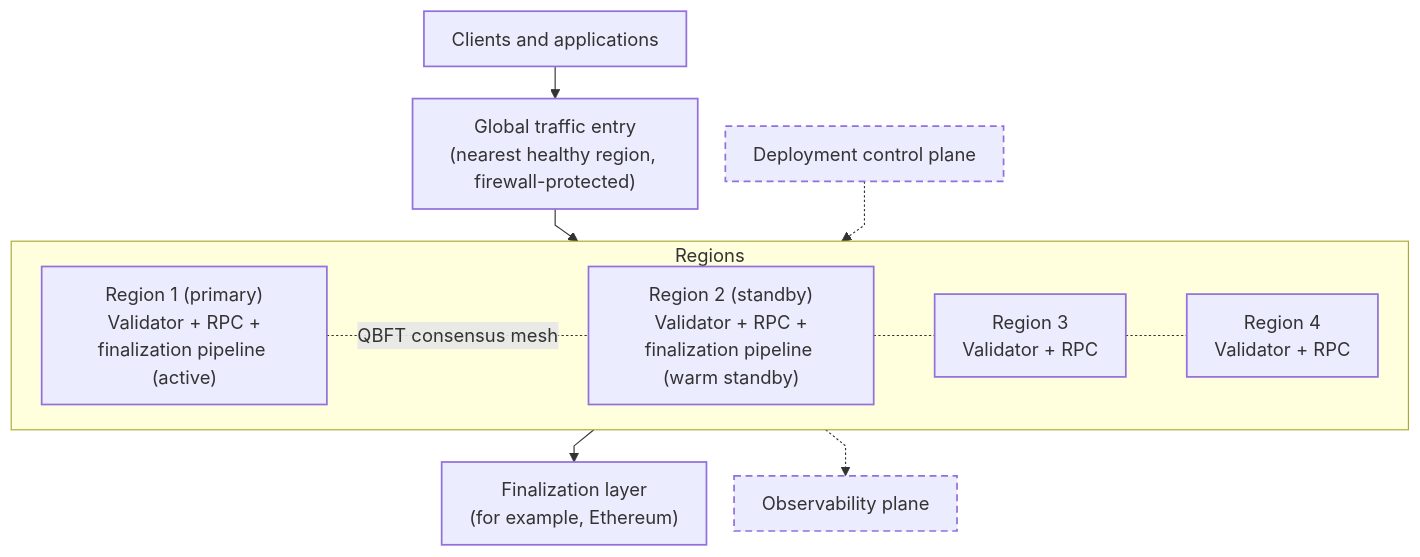
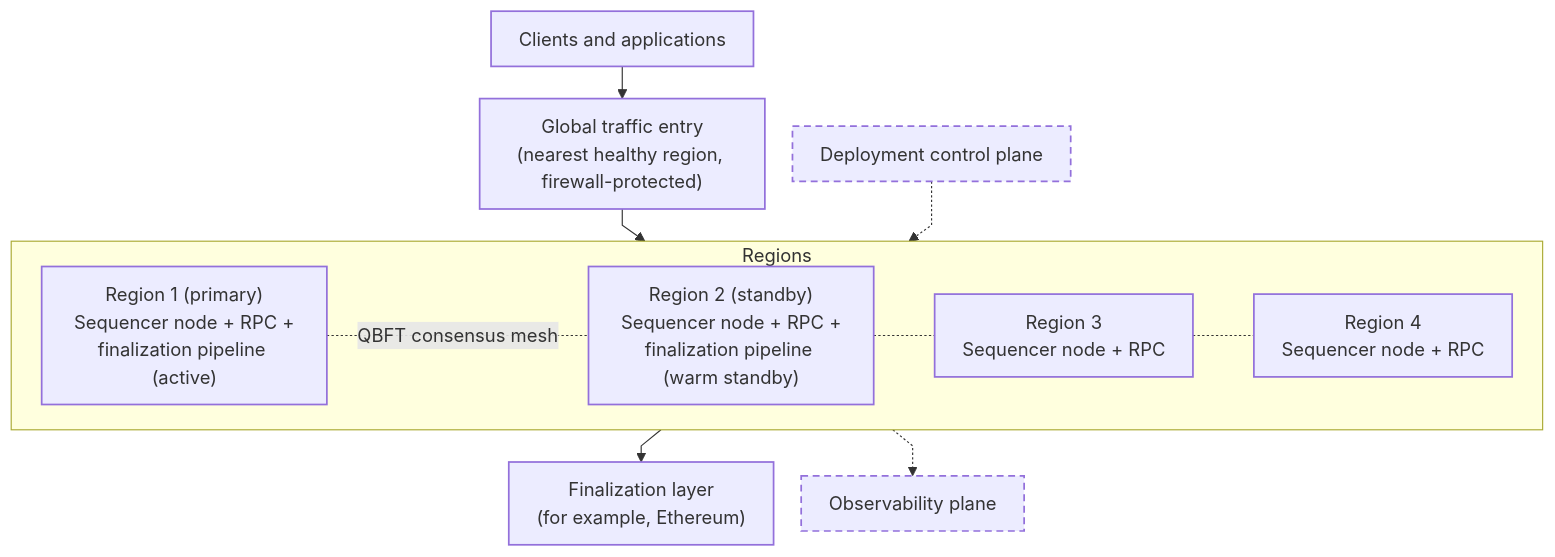
One commit to Consensys-Incorporated/doc.linea changed the first of 2 diagrams in docs/stack/deployment/high-availability.mdx. Above: the diagram before and after it, drawn with Mermaid. The commit also changed other lines of this file and 22 other files, not shown here.

````diff
--- a/docs/stack/deployment/high-availability.mdx
+++ b/docs/stack/deployment/high-availability.mdx
@@ -31,45 +31,45 @@
 ```mermaid
 %%{init: {
   "themeVariables": {
     "fontFamily": "AtypText, sans-serif"
   },
   "flowchart": {
     "useMaxWidth": true,
     "curve": "linear",
     "nodeSpacing": 24,
     "rankSpacing": 28,
     "padding": 12,
     "wrappingWidth": 200
   }
 }}%%
 flowchart TB
   classDef core stroke-width:1.5px;
   classDef access stroke-width:1.5px;
   classDef control stroke-width:1.5px,stroke-dasharray:6 4;
   classDef neutral stroke-width:1.5px;
 
   CL["Clients and applications"]:::neutral
   GA["Global traffic entry<br/>(nearest healthy region, firewall-protected)"]:::access
   CP["Deployment control plane"]:::control
 
   subgraph Regions["Regions"]
     direction LR
-    V1["Region 1 (primary)<br/>Validator + RPC +<br/>finalization pipeline (active)"]:::core
-    V2["Region 2 (standby)<br/>Validator + RPC +<br/>finalization pipeline (warm standby)"]:::core
-    V3["Region 3<br/>Validator + RPC"]:::core
-    V4["Region 4<br/>Validator + RPC"]:::core
+    V1["Region 1 (primary)<br/>Sequencer node + RPC +<br/>finalization pipeline (active)"]:::core
+    V2["Region 2 (standby)<br/>Sequencer node + RPC +<br/>finalization pipeline (warm standby)"]:::core
+    V3["Region 3<br/>Sequencer node + RPC"]:::core
+    V4["Region 4<br/>Sequencer node + RPC"]:::core
   end
 
   CL --> GA
   GA --> Regions
   CP -.-> Regions
 
   V1 -.-|QBFT consensus mesh| V2
   V2 -.- V3
   V3 -.- V4
 
   OBS["Observability plane"]:::control
   Regions -.-> OBS
 
   V1 --> FL["Finalization layer<br/>(for example, Ethereum)"]:::neutral
 ```
````
